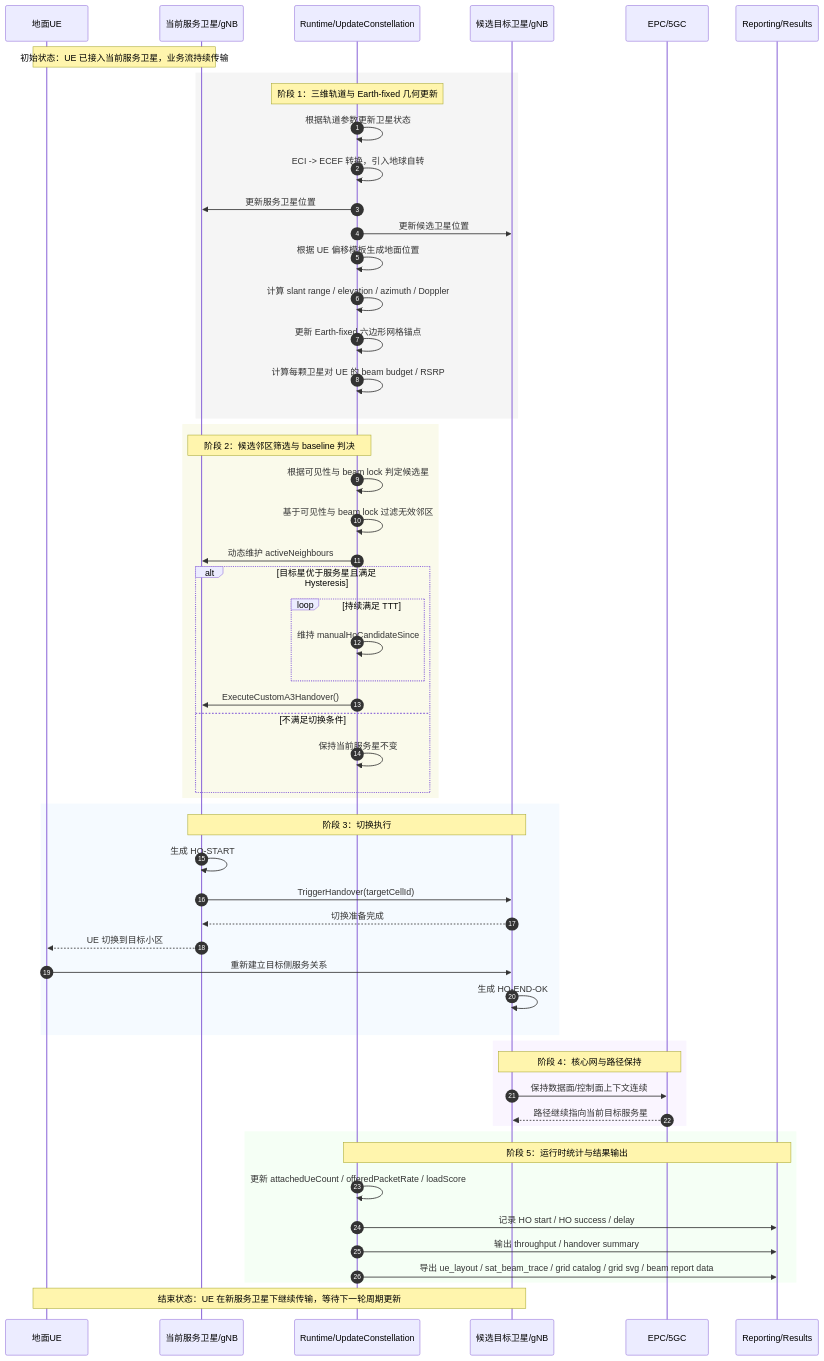
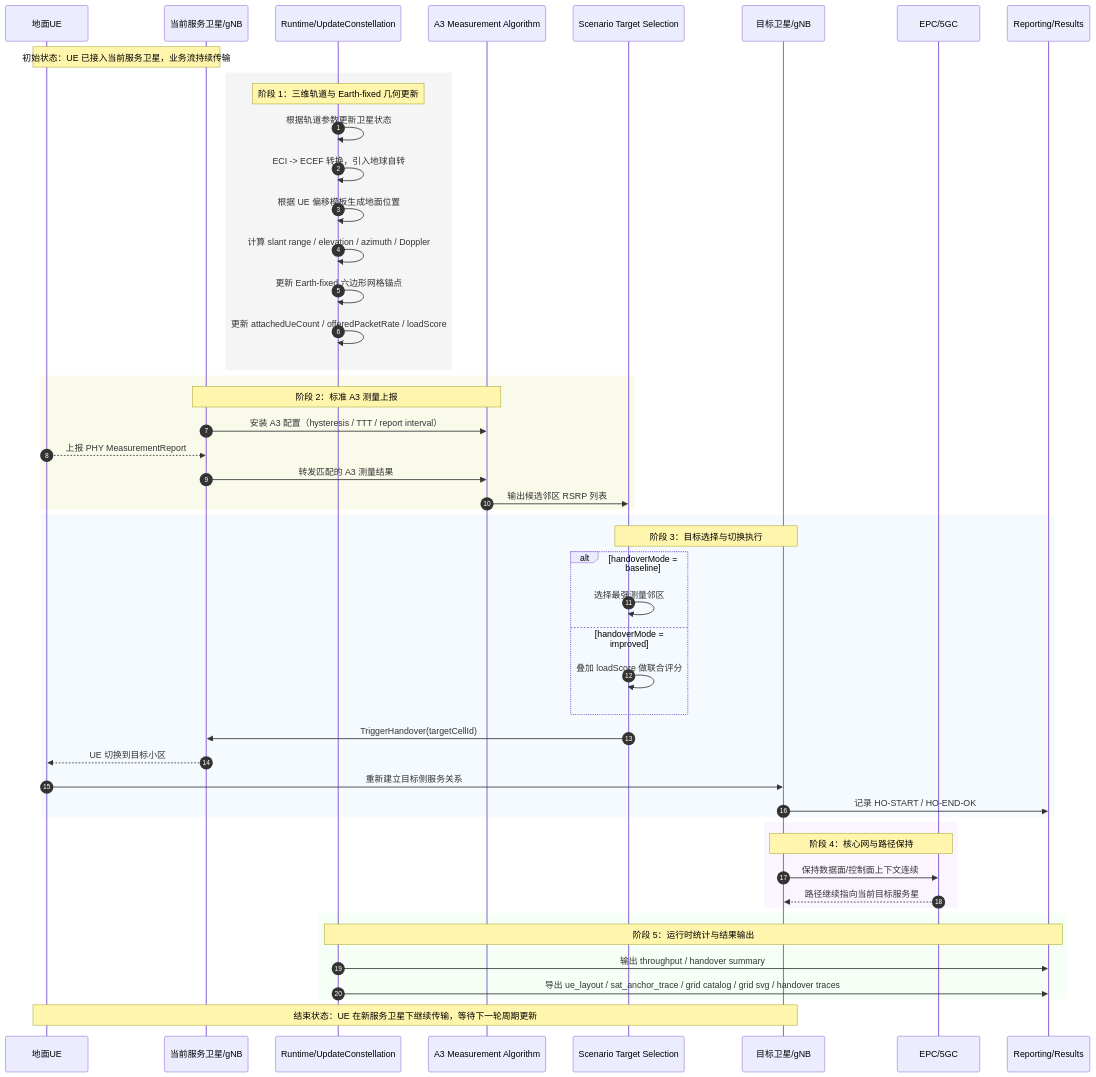
The first of 2 diagrams in scratch/midterm-report/midterm-handover-flowcharts.md (wwwwwzq0068/ns3-5glena--), drawn with Mermaid before and after one commit. The commit also changed other lines of this file and 20 other files, not shown here.

Commit message:
chore(v4.0.1): snapshot measurement-driven handover baseline

````diff
--- a/scratch/midterm-report/midterm-handover-flowcharts.md
+++ b/scratch/midterm-report/midterm-handover-flowcharts.md
@@ -21,65 +20,59 @@
 ```mermaid
 sequenceDiagram
     autonumber
     participant UE as 地面UE
     participant SRC as 当前服务卫星/gNB
     participant RT as Runtime/UpdateConstellation
-    participant TGT as 候选目标卫星/gNB
+    participant A3 as A3 Measurement Algorithm
+    participant DEC as Scenario Target Selection
+    participant TGT as 目标卫星/gNB
     participant EPC as EPC/5GC
     participant REP as Reporting/Results
 
     Note over UE,SRC: 初始状态：UE 已接入当前服务卫星，业务流持续传输
 
     rect rgb(245,245,245)
         Note over RT: 阶段 1：三维轨道与 Earth-fixed 几何更新
         RT->>RT: 根据轨道参数更新卫星状态
         RT->>RT: ECI -> ECEF 转换，引入地球自转
-        RT->>SRC: 更新服务卫星位置
-        RT->>TGT: 更新候选卫星位置
         RT->>RT: 根据 UE 偏移模板生成地面位置
         RT->>RT: 计算 slant range / elevation / azimuth / Doppler
         RT->>RT: 更新 Earth-fixed 六边形网格锚点
-        RT->>RT: 计算每颗卫星对 UE 的 beam budget / RSRP
+        RT->>RT: 更新 attachedUeCount / offeredPacketRate / loadScore
     end
 
     rect rgb(250,250,235)
-        Note over RT,SRC: 阶段 2：候选邻区筛选与 baseline 判决
-        RT->>RT: 根据可见性与 beam lock 判定候选星
-        RT->>RT: 基于可见性与 beam lock 过滤无效邻区
-        RT->>SRC: 动态维护 activeNeighbours
-        alt 目标星优于服务星且满足 Hysteresis
-            loop 持续满足 TTT
-                RT->>RT: 维持 manualHoCandidateSince
-            end
-            RT->>SRC: ExecuteCustomA3Handover()
-        else 不满足切换条件
-            RT->>RT: 保持当前服务星不变
-        end
+        Note over SRC,A3: 阶段 2：标准 A3 测量上报
+        SRC->>A3: 安装 A3 配置（hysteresis / TTT / report interval）
+        UE-->>SRC: 上报 PHY MeasurementReport
+        SRC->>A3: 转发匹配的 A3 测量结果
+        A3->>DEC: 输出候选邻区 RSRP 列表
     end
 
     rect rgb(245,250,255)
-        Note over SRC,TGT: 阶段 3：切换执行
-        SRC->>SRC: 生成 HO-START
-        SRC->>TGT: TriggerHandover(targetCellId)
-        TGT-->>SRC: 切换准备完成
+        Note over DEC,TGT: 阶段 3：目标选择与切换执行
+        alt handoverMode = baseline
+            DEC->>DEC: 选择最强测量邻区
+        else handoverMode = improved
+            DEC->>DEC: 叠加 loadScore 做联合评分
+        end
+        DEC->>SRC: TriggerHandover(targetCellId)
         SRC-->>UE: UE 切换到目标小区
         UE->>TGT: 重新建立目标侧服务关系
-        TGT->>TGT: 生成 HO-END-OK
+        TGT->>REP: 记录 HO-START / HO-END-OK
     end
 
     rect rgb(250,245,255)
         Note over TGT,EPC: 阶段 4：核心网与路径保持
         TGT->>EPC: 保持数据面/控制面上下文连续
         EPC-->>TGT: 路径继续指向当前目标服务星
     end
 
     rect rgb(245,255,245)
         Note over RT,REP: 阶段 5：运行时统计与结果输出
-        RT->>RT: 更新 attachedUeCount / offeredPacketRate / loadScore
-        RT->>REP: 记录 HO start / HO success / delay
         RT->>REP: 输出 throughput / handover summary
-        RT->>REP: 导出 ue_layout / sat_beam_trace / grid catalog / grid svg / beam report data
+        RT->>REP: 导出 ue_layout / sat_anchor_trace / grid catalog / grid svg / handover traces
     end
 
     Note over UE,TGT: 结束状态：UE 在新服务卫星下继续传输，等待下一轮周期更新
 ```
````
